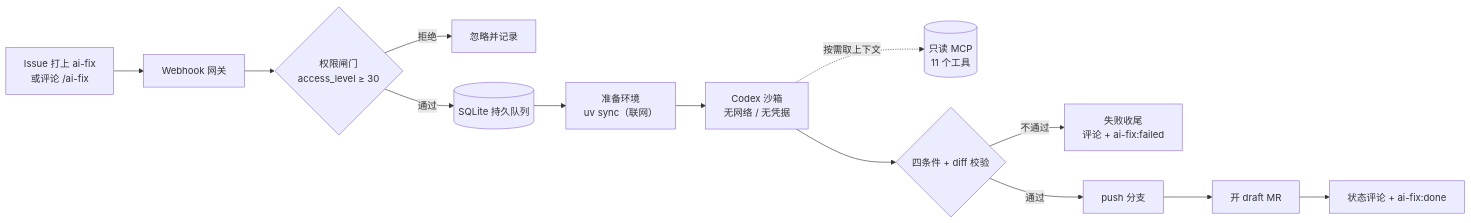
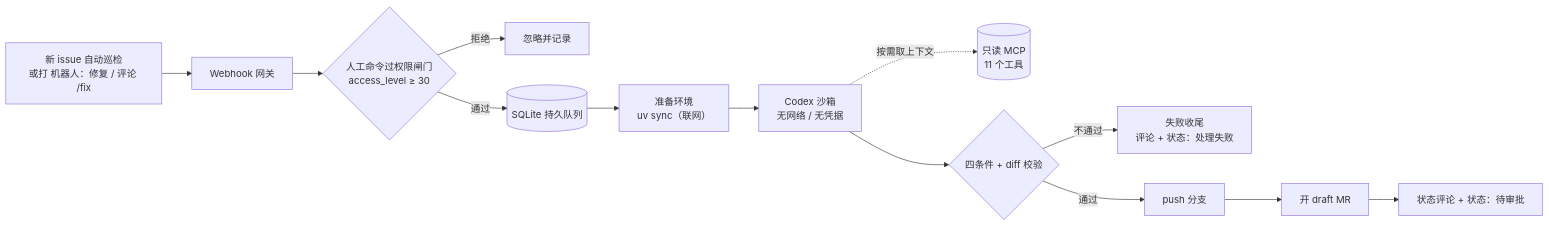
The diagram in README.md (FlyingHeNanman/mini-gitlab-bot), drawn with Mermaid before and after one commit. The commit also changed other lines of this file and 26 other files, not shown here.

````diff
--- a/README.md
+++ b/README.md
@@ -59,15 +63,15 @@
 ```mermaid
 flowchart LR
-    A["Issue 打上 ai-fix<br/>或评论 /ai-fix"] --> B["Webhook 网关"]
-    B --> C{"权限闸门<br/>access_level ≥ 30"}
+    A["新 issue 自动巡检<br/>或打 机器人：修复 / 评论 /fix"] --> B["Webhook 网关"]
+    B --> C{"人工命令过权限闸门<br/>access_level ≥ 30"}
     C -- 拒绝 --> X["忽略并记录"]
     C -- 通过 --> D[("SQLite 持久队列")]
     D --> E["准备环境<br/>uv sync（联网）"]
     E --> F["Codex 沙箱<br/>无网络 / 无凭据"]
     F -. 按需取上下文 .-> M[("只读 MCP<br/>11 个工具")]
     F --> G{"四条件 + diff 校验"}
-    G -- 不通过 --> H["失败收尾<br/>评论 + ai-fix:failed"]
+    G -- 不通过 --> H["失败收尾<br/>评论 + 状态：处理失败"]
     G -- 通过 --> I["push 分支"]
     I --> J["开 draft MR"]
-    J --> K["状态评论 + ai-fix:done"]
+    J --> K["状态评论 + 状态：待审批"]
 ```
````
